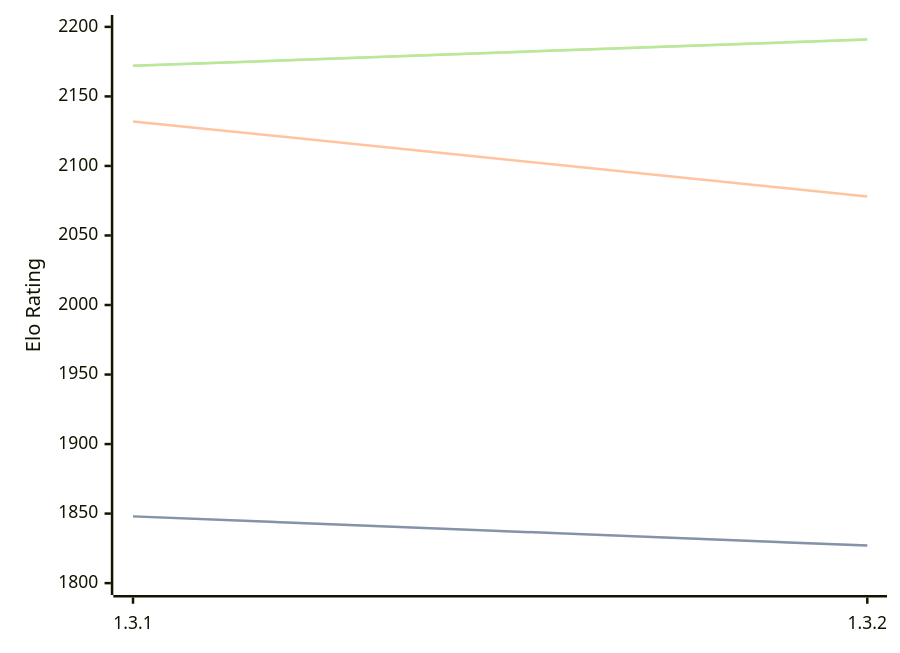
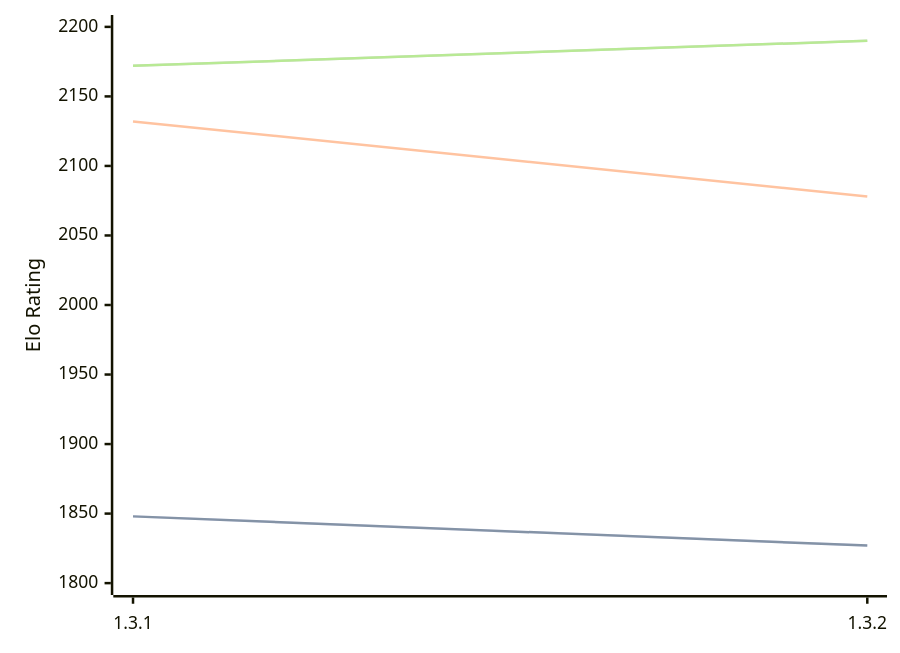
Before and after one commit to computer-chess-index/cci: the diagram in engines/Zugblitz.md, drawn with Mermaid. The commit also changed other lines of this file, not shown here.

Commit message:
Update CCI Ratings (ELO VLTC) - 2026-07-21

````diff
--- a/engines/Zugblitz.md
+++ b/engines/Zugblitz.md
@@ -32,11 +32,11 @@
 ```mermaid
 %%{init: {"theme":"base","themeVariables":{"seriesColors:['#a3a3a3','#222221','#faa371']}}}%%
 xychart-beta
   x-axis ["1.3.1", "1.3.2"]
   y-axis "Elo Rating" 1800 --> 2200
   line "STC (8.0+0.08s)" [1848, 1827]
   line "STC (8.0+0.08s)" [1848, 1827]
   line "LTC (60.0+0.60s)" [2132, 2078]
-  line "VLTC (2m24s+1.12s)" [2172, 2191]
-  line "VLTC (2m24s+1.12s)" [2172, 2191]
+  line "VLTC (2m24s+1.12s)" [2172, 2190]
+  line "VLTC (2m24s+1.12s)" [2172, 2190]
 ```
````
